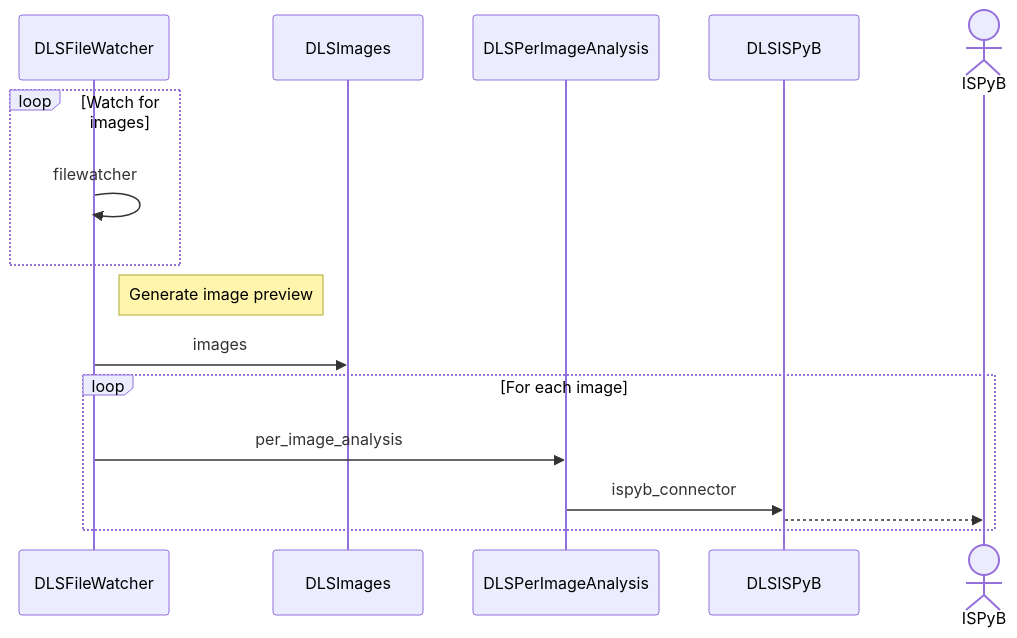
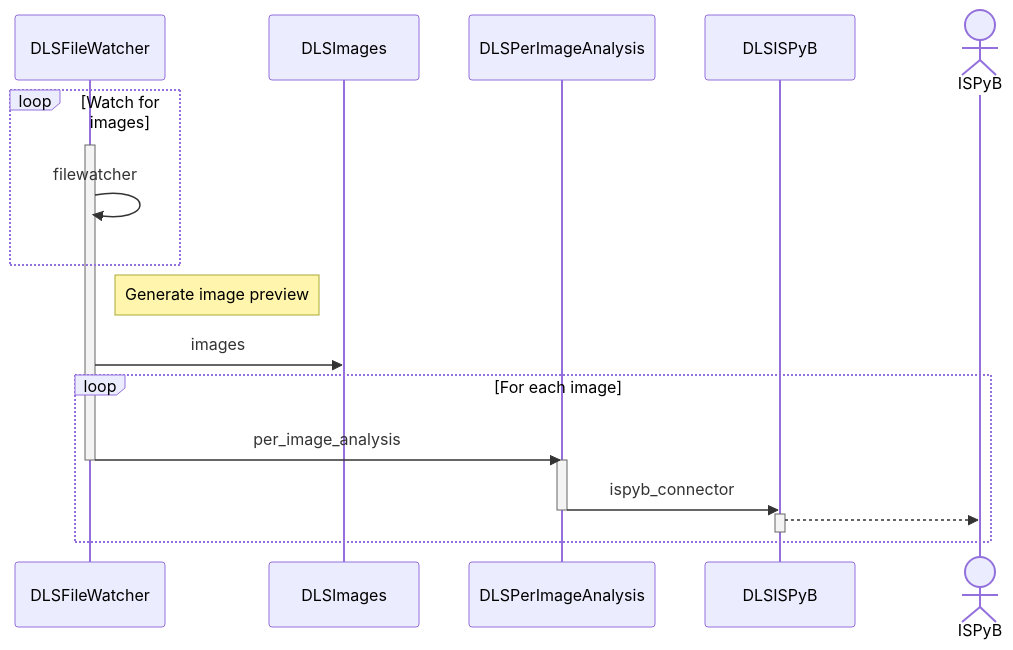
The first of 2 diagrams in doc/zocalo/per-image-analysis.md (DiamondLightSource/python-dlstbx), drawn with Mermaid before and after one commit. The commit also changed other lines of this file, not shown here.

````diff
--- a/doc/zocalo/per-image-analysis.md
+++ b/doc/zocalo/per-image-analysis.md
@@ -12,18 +12,24 @@
 ```mermaid
 sequenceDiagram
     participant fw as DLSFileWatcher
     participant images as DLSImages
     participant pia as DLSPerImageAnalysis
     participant ispybsvc as DLSISPyB
     actor ispyb as ISPyB
     loop Watch for images
+        activate fw
         fw->>fw: filewatcher
     end
     note right of fw: Generate image preview
     fw->>images: images
     loop For each image
         fw->>pia: per_image_analysis
+        deactivate fw
+        activate pia
         pia->>ispybsvc: ispyb_connector
+        deactivate pia
+        activate ispybsvc
         ispybsvc-->>ispyb: 
+        deactivate ispybsvc
     end
 ```
````
